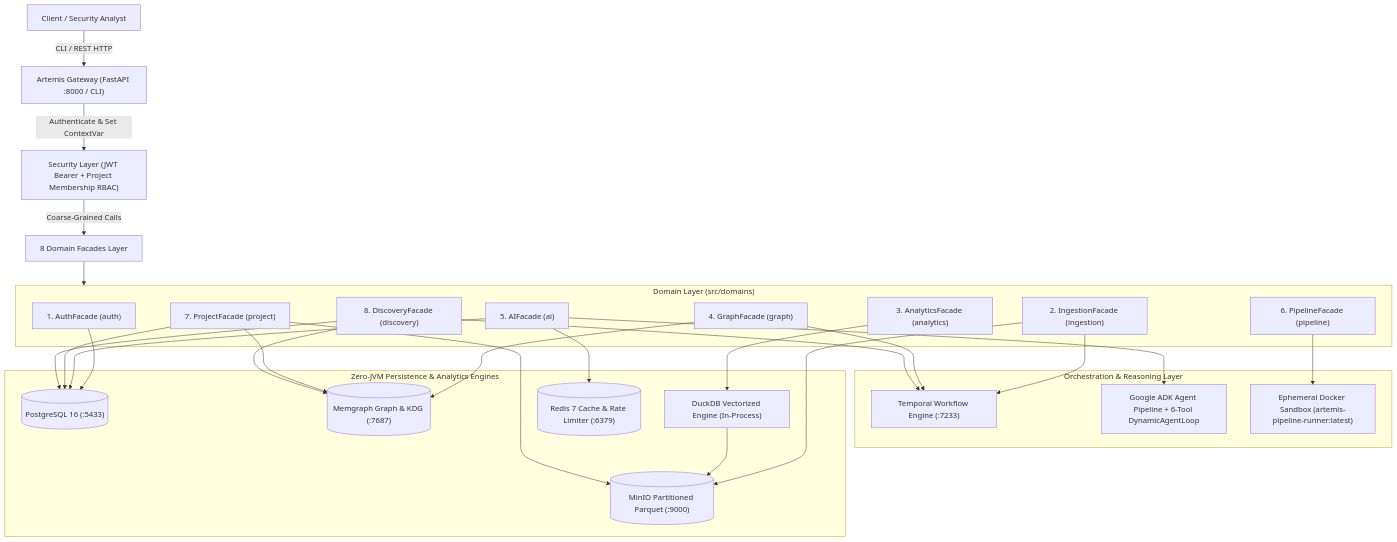
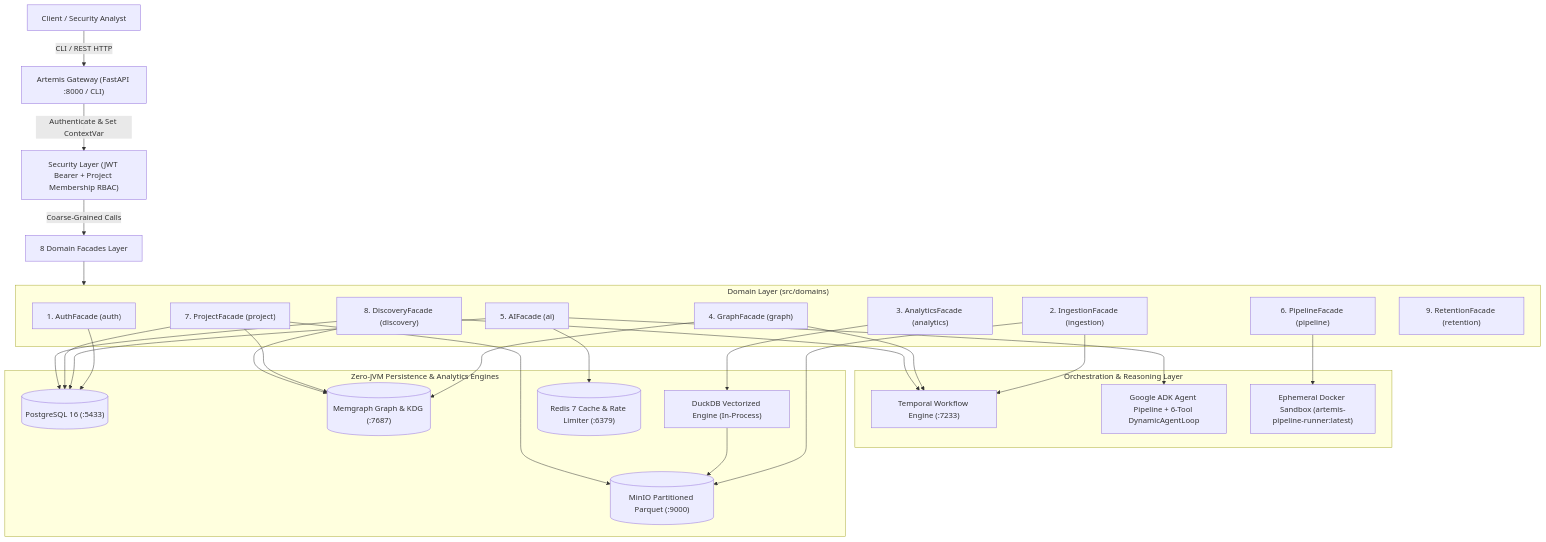
The first of 2 diagrams in docs/architecture/microservice_domain_architecture.md (dotness/Poor-Mans-Defense-Lakehouse), drawn with Mermaid before and after one commit. The commit also changed other lines of this file and 65 other files, not shown here.

````diff
--- a/docs/architecture/microservice_domain_architecture.md
+++ b/docs/architecture/microservice_domain_architecture.md
@@ -7,56 +7,57 @@
 ```mermaid
 flowchart TD
     Client["Client / Security Analyst"]
     Gateway["Artemis Gateway (FastAPI :8000 / CLI)"]
     Security["Security Layer (JWT Bearer + Project Membership RBAC)"]
     Facades["8 Domain Facades Layer"]
 
     subgraph DomainLayer ["Domain Layer (src/domains)"]
         AuthFacade["1. AuthFacade (auth)"]
         IngestionFacade["2. IngestionFacade (ingestion)"]
         AnalyticsFacade["3. AnalyticsFacade (analytics)"]
         GraphFacade["4. GraphFacade (graph)"]
         AIFacade["5. AIFacade (ai)"]
         PipelineFacade["6. PipelineFacade (pipeline)"]
         ProjectFacade["7. ProjectFacade (project)"]
         DiscoveryFacade["8. DiscoveryFacade (discovery)"]
+        RetentionFacade["9. RetentionFacade (retention)"]
     end
 
     subgraph OrchestrationLayer ["Orchestration & Reasoning Layer"]
         Temporal["Temporal Workflow Engine (:7233)"]
         ADK["Google ADK Agent Pipeline + 6-Tool DynamicAgentLoop"]
         DockerSandbox["Ephemeral Docker Sandbox (artemis-pipeline-runner:latest)"]
     end
 
     subgraph StorageLayer ["Zero-JVM Persistence & Analytics Engines"]
         Postgres[("PostgreSQL 16 (:5433)")]
         MinIO[("MinIO Partitioned Parquet (:9000)")]
         Memgraph[("Memgraph Graph & KDG (:7687)")]
         DuckDB["DuckDB Vectorized Engine (In-Process)"]
         Redis[("Redis 7 Cache & Rate Limiter (:6379)")]
     end
 
     Client -->|"CLI / REST HTTP"| Gateway
     Gateway -->|"Authenticate & Set ContextVar"| Security
     Security -->|"Coarse-Grained Calls"| Facades
     Facades --> DomainLayer
 
     IngestionFacade --> Temporal
     GraphFacade --> Temporal
     DiscoveryFacade --> Temporal
     AIFacade --> ADK
     PipelineFacade --> DockerSandbox
 
     IngestionFacade --> MinIO
     AnalyticsFacade --> DuckDB
     DuckDB --> MinIO
     GraphFacade --> Memgraph
     AuthFacade --> Postgres
     AIFacade --> Redis
     AIFacade --> Postgres
     ProjectFacade --> Postgres
     ProjectFacade --> MinIO
     ProjectFacade --> Memgraph
     DiscoveryFacade --> Memgraph
     DiscoveryFacade --> Postgres
 ```
````
